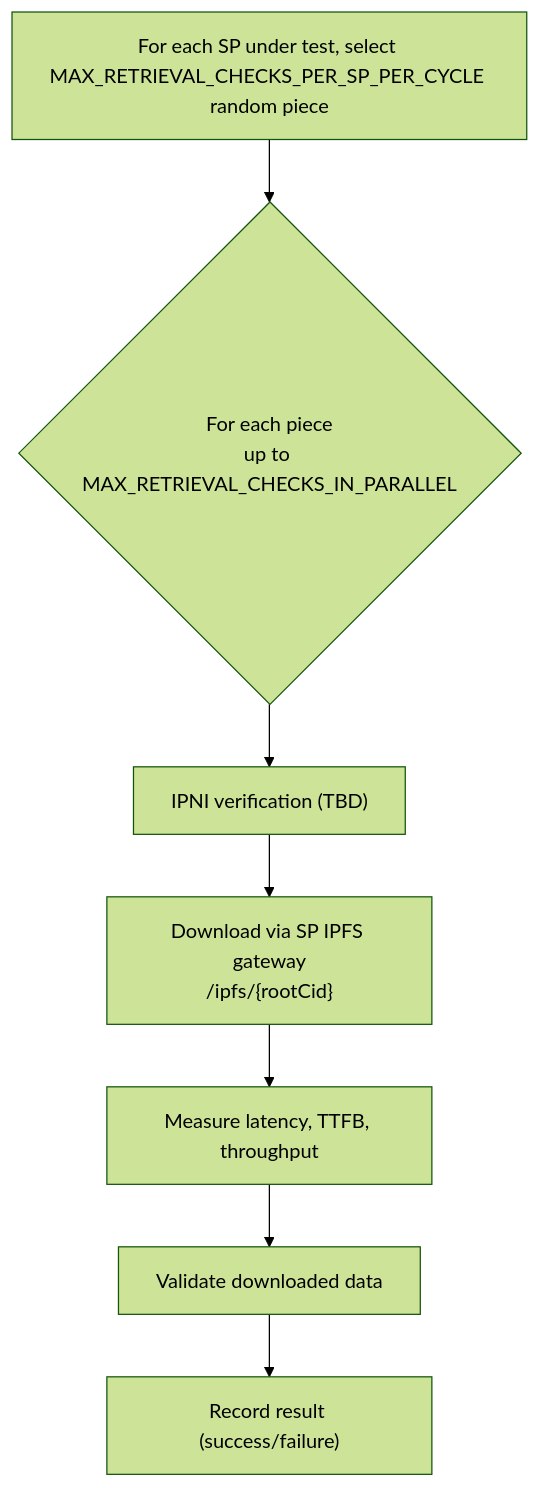
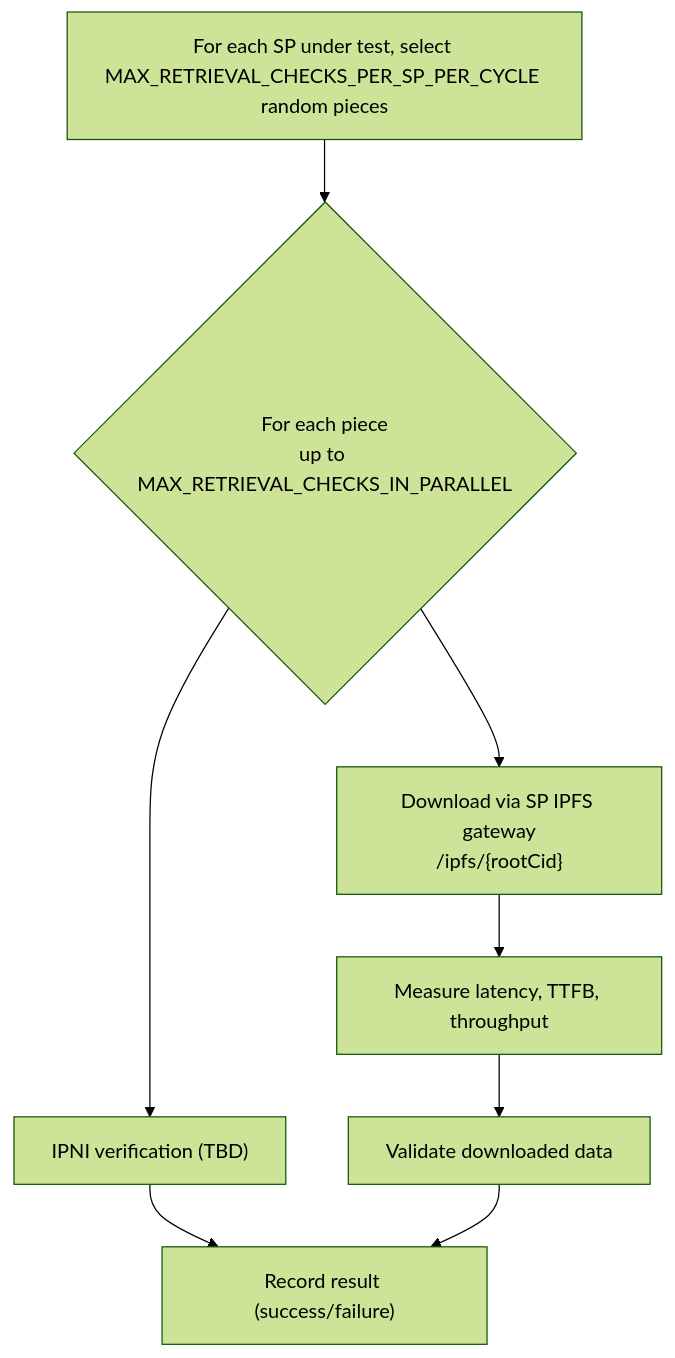
One commit to FilOzone/dealbot changed the diagram in docs/checks/retrievals.md. Above: the diagram before and after it, drawn with Mermaid (forest theme). The commit also changed other lines of this file and 4 other files, not shown here.

````diff
--- a/docs/checks/retrievals.md
+++ b/docs/checks/retrievals.md
@@ -35,9 +35,10 @@
 ```mermaid
 flowchart TD
-  A["For each SP under test, select MAX_RETRIEVAL_CHECKS_PER_SP_PER_CYCLE random piece"] --> B{"For each piece<br/>up to MAX_RETRIEVAL_CHECKS_IN_PARALLEL"}
+  A["For each SP under test, select MAX_RETRIEVAL_CHECKS_PER_SP_PER_CYCLE random pieces"] --> B{"For each piece<br/>up to MAX_RETRIEVAL_CHECKS_IN_PARALLEL"}
   B --> C["IPNI verification (TBD)"]
-  C --> D["Download via SP IPFS gateway<br/>/ipfs/{rootCid}"]
+  C --> G["Record result (success/failure)"]
+  B --> D["Download via SP IPFS gateway<br/>/ipfs/{rootCid}"]
   D --> E["Measure latency, TTFB, throughput"]
   E --> F["Validate downloaded data"]
-  F --> G["Record result (success/failure)"]
+  F --> G
 ```
````
